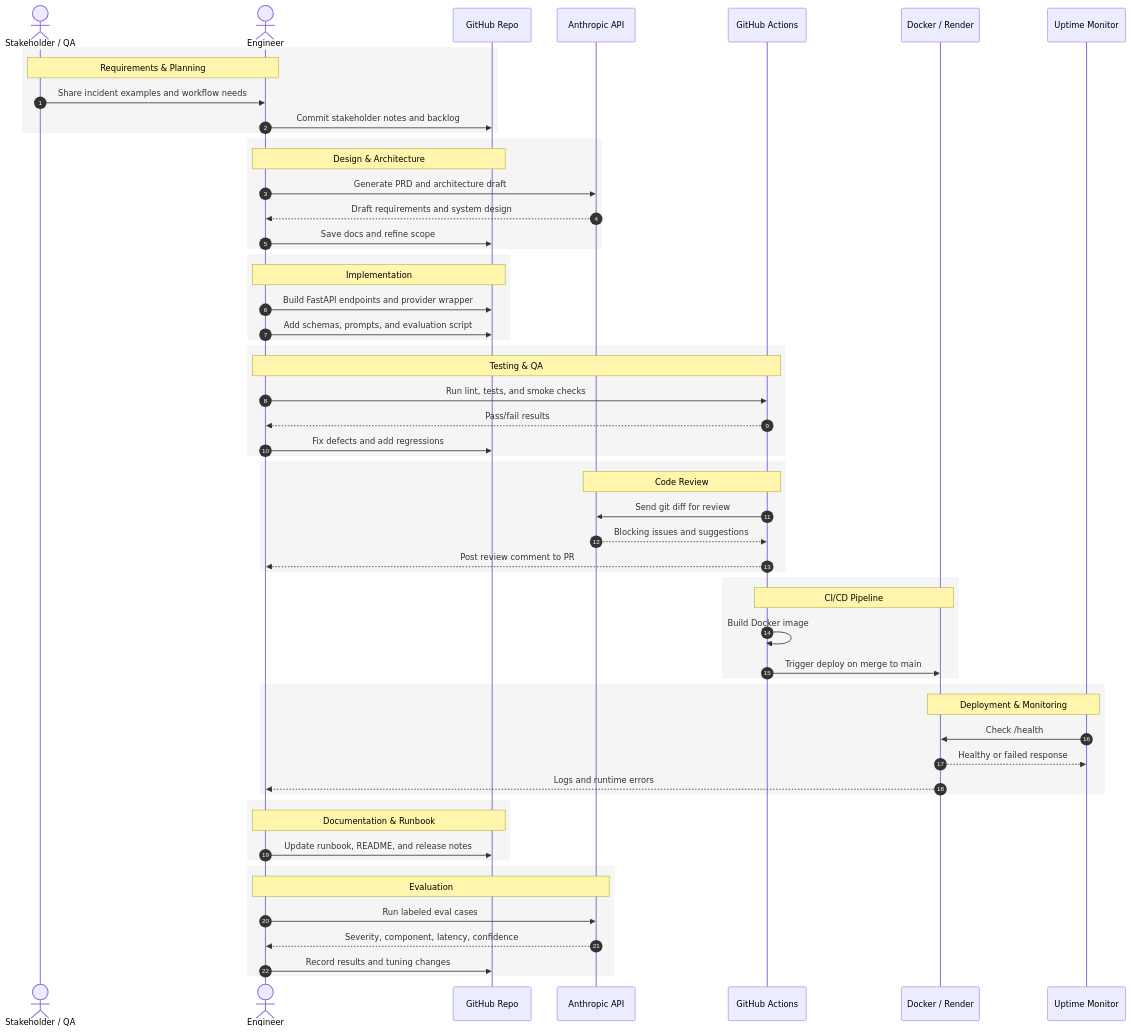
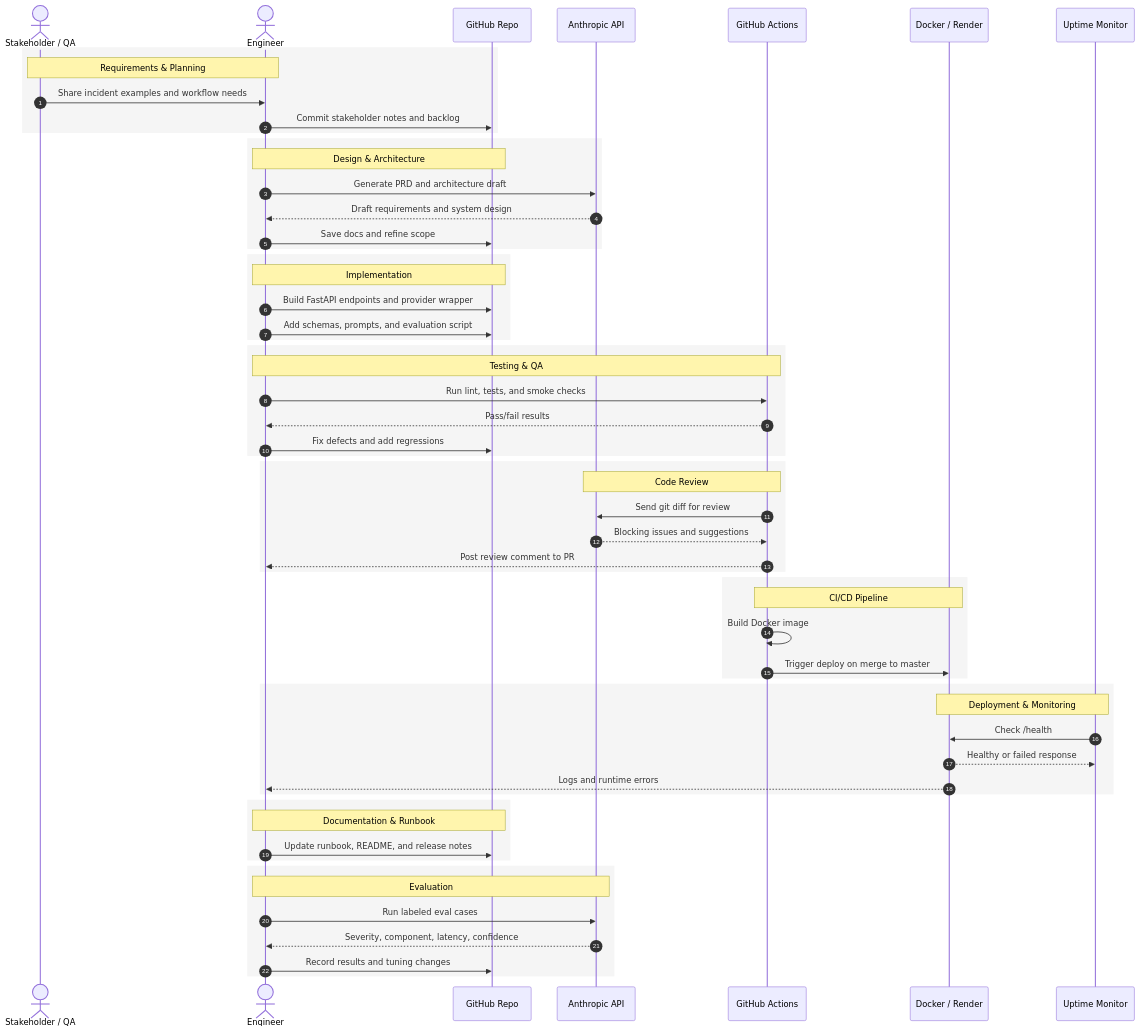
The second of 4 diagrams in Project Interaction Diagrams.md (StevenB96/ai-sdlc-workflow-projects), drawn with Mermaid before and after one commit. The commit also changed other lines of this file and 4 other files, not shown here.

````diff
--- a/Project Interaction Diagrams.md
+++ b/Project Interaction Diagrams.md
@@ -75,69 +75,69 @@
 ```mermaid
 sequenceDiagram
 autonumber
 actor Stakeholder as Stakeholder / QA
 actor Engineer as Engineer
 participant Repo as GitHub Repo
 participant AI as Anthropic API
 participant CI as GitHub Actions
 participant Deploy as Docker / Render
 participant Mon as Uptime Monitor
 
 rect rgb(245,245,245)
   Note over Stakeholder,Engineer: Requirements & Planning
   Stakeholder->>Engineer: Share incident examples and workflow needs
   Engineer->>Repo: Commit stakeholder notes and backlog
 end
 
 rect rgb(245,245,245)
   Note over Engineer,Repo: Design & Architecture
   Engineer->>AI: Generate PRD and architecture draft
   AI-->>Engineer: Draft requirements and system design
   Engineer->>Repo: Save docs and refine scope
 end
 
 rect rgb(245,245,245)
   Note over Engineer,Repo: Implementation
   Engineer->>Repo: Build FastAPI endpoints and provider wrapper
   Engineer->>Repo: Add schemas, prompts, and evaluation script
 end
 
 rect rgb(245,245,245)
   Note over Engineer,CI: Testing & QA
   Engineer->>CI: Run lint, tests, and smoke checks
   CI-->>Engineer: Pass/fail results
   Engineer->>Repo: Fix defects and add regressions
 end
 
 rect rgb(245,245,245)
   Note over CI,AI: Code Review
   CI->>AI: Send git diff for review
   AI-->>CI: Blocking issues and suggestions
   CI-->>Engineer: Post review comment to PR
 end
 
 rect rgb(245,245,245)
   Note over CI,Deploy: CI/CD Pipeline
   CI->>CI: Build Docker image
-  CI->>Deploy: Trigger deploy on merge to main
+  CI->>Deploy: Trigger deploy on merge to master
 end
 
 rect rgb(245,245,245)
   Note over Mon,Deploy: Deployment & Monitoring
   Mon->>Deploy: Check /health
   Deploy-->>Mon: Healthy or failed response
   Deploy-->>Engineer: Logs and runtime errors
 end
 
 rect rgb(245,245,245)
   Note over Engineer,Repo: Documentation & Runbook
   Engineer->>Repo: Update runbook, README, and release notes
 end
 
 rect rgb(245,245,245)
   Note over Engineer,AI: Evaluation
   Engineer->>AI: Run labeled eval cases
   AI-->>Engineer: Severity, component, latency, confidence
   Engineer->>Repo: Record results and tuning changes
 end
 ```
````
